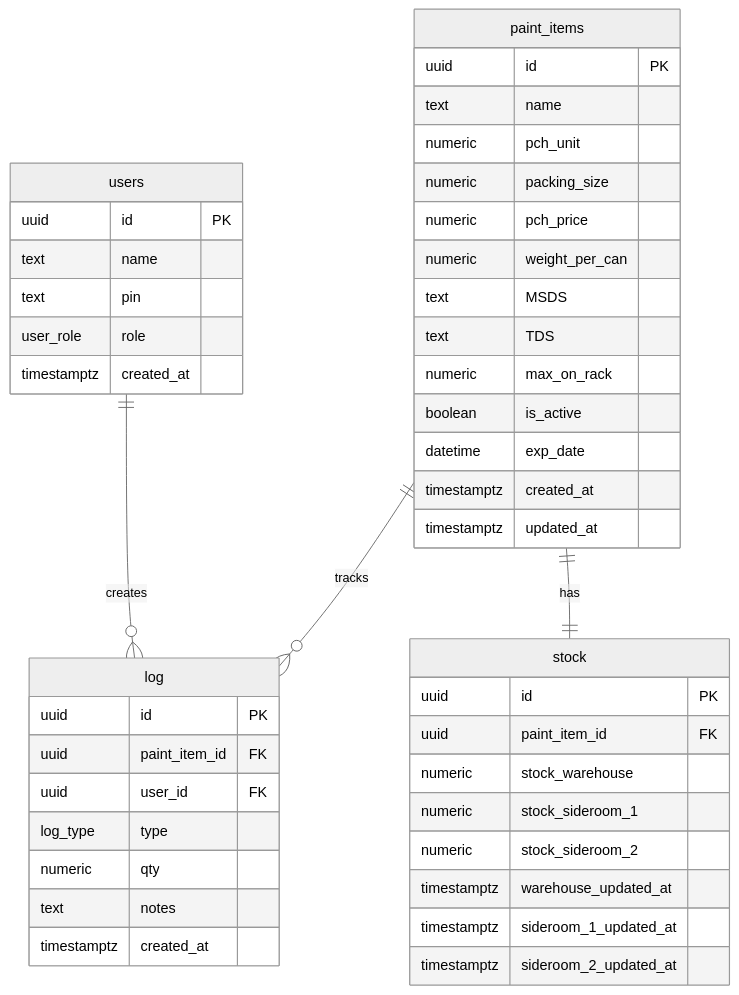
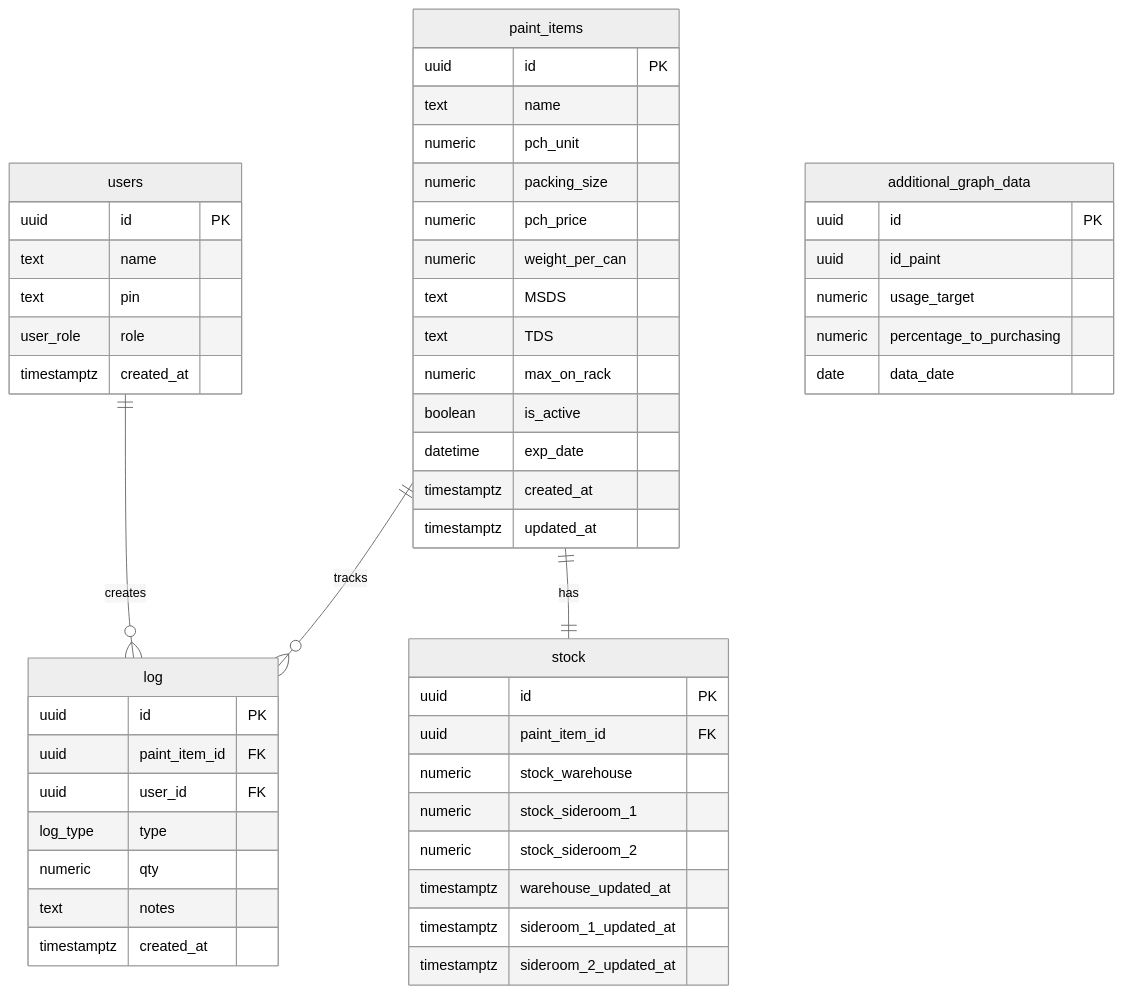
Before and after one commit to itsankeikid-dot/PaintManagementStock: the diagram in docs/DATABASE.md, drawn with Mermaid (neutral theme).

````diff
--- a/docs/DATABASE.md
+++ b/docs/DATABASE.md
@@ -9,53 +9,61 @@
 ```mermaid
 erDiagram
     users ||--o{ log : creates
     paint_items ||--|| stock : has
     paint_items ||--o{ log : tracks
 
     users {
         uuid id PK
         text name
         text pin
         user_role role
         timestamptz created_at
     }
 
     paint_items {
         uuid id PK
         text name
         numeric pch_unit
         numeric packing_size
         numeric pch_price
         numeric weight_per_can
         text MSDS
         text TDS
         numeric max_on_rack
         boolean is_active
         datetime exp_date
         timestamptz created_at
         timestamptz updated_at
     }
 
     stock {
         uuid id PK
         uuid paint_item_id FK
         numeric stock_warehouse
         numeric stock_sideroom_1
         numeric stock_sideroom_2
         timestamptz warehouse_updated_at
         timestamptz sideroom_1_updated_at
         timestamptz sideroom_2_updated_at
     }
 
     log {
         uuid id PK
         uuid paint_item_id FK
         uuid user_id FK
         log_type type
         numeric qty
         text notes
         timestamptz created_at
     }
 
+    additional_graph_data {
+        uuid id PK
+        uuid id_paint
+        numeric usage_target
+        numeric percentage_to_purchasing
+        date data_date
+
+    }
 
 ```
````
